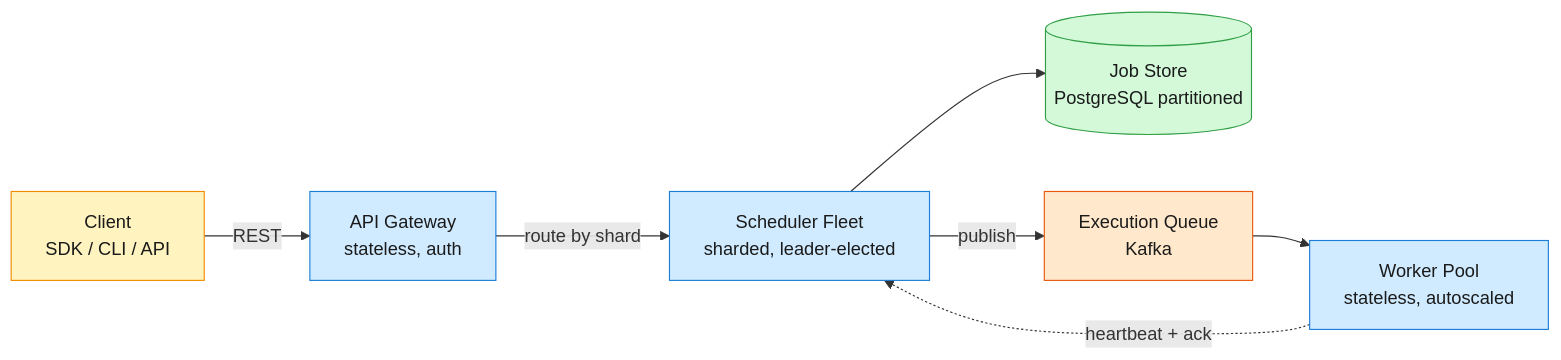
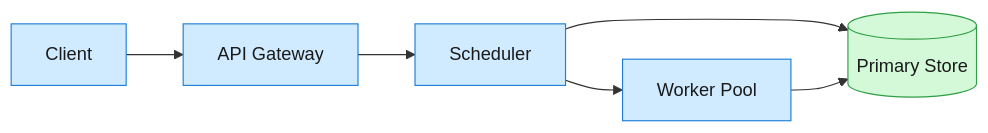
The first of 2 diagrams in _posts/2026-06-29-system-design-job-scheduler.md (iliazlobin/iliazlobin.github.io), drawn with Mermaid before and after one commit. The commit also changed other lines of this file and 45 other files, not shown here.

First line of the commit message:
Republish all posts from Notion: fix mermaid errors, drop §7 Trade-offs (#88)

````diff
--- a/_posts/2026-06-29-system-design-job-scheduler.md
+++ b/_posts/2026-06-29-system-design-job-scheduler.md
@@ -18,26 +18,20 @@
 ```mermaid
 graph LR
-    A["Client<br/>SDK / CLI / API"]
-    B["API Gateway<br/>stateless, auth"]
-    C["Scheduler Fleet<br/>sharded, leader-elected"]
-    D[("Job Store<br/>PostgreSQL partitioned")]
-    E["Execution Queue<br/>Kafka"]
-    F["Worker Pool<br/>stateless, autoscaled"]
+    Client["Client"]
+    Gateway["API Gateway"]
+    Scheduler["Scheduler"]
+    Workers["Worker Pool"]
+    DB[("Primary Store")]
 
-    A -->|REST| B
-    B -->|route by shard| C
-    C --> D
-    C -->|publish| E
-    E --> F
-    F -.->|heartbeat + ack| C
+    Client --> Gateway
+    Gateway --> Scheduler
+    Scheduler --> DB
+    Scheduler --> Workers
+    Workers --> DB
 
     classDef edge fill:#fff3bf,stroke:#f08c00,color:#1a1a1a;
     classDef svc fill:#d0ebff,stroke:#1c7ed6,color:#1a1a1a;
     classDef store fill:#d3f9d8,stroke:#2f9e44,color:#1a1a1a;
-    classDef async fill:#ffe8cc,stroke:#e8590c,color:#1a1a1a;
-
-    class A edge;
-    class B,C,F svc;
-    class D store;
-    class E async;
+    class Client,Gateway,Scheduler,Workers svc;
+    class DB store;
 ```
````
